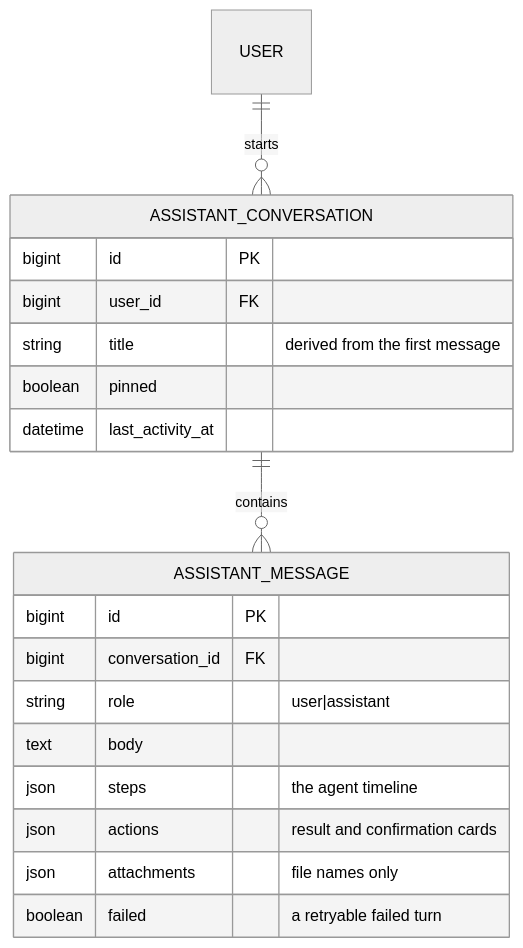
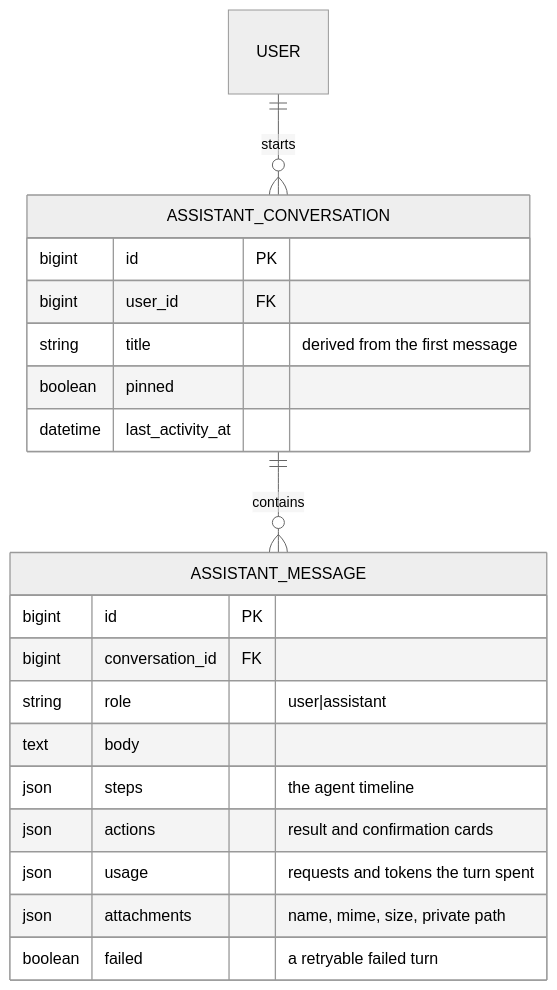
One commit to earlkian8/synapse changed diagram 12 of 13 in docs/database/erd.md. Above: the diagram before and after it, drawn with Mermaid (neutral theme). The commit also changed other lines of this file and 46 other files, not shown here.

````diff
--- a/docs/database/erd.md
+++ b/docs/database/erd.md
@@ -1212,23 +1212,24 @@
 ```mermaid
 erDiagram
     USER ||--o{ ASSISTANT_CONVERSATION : starts
     ASSISTANT_CONVERSATION ||--o{ ASSISTANT_MESSAGE : contains
 
     ASSISTANT_CONVERSATION {
         bigint id PK
         bigint user_id FK
         string title "derived from the first message"
         boolean pinned
         datetime last_activity_at
     }
     ASSISTANT_MESSAGE {
         bigint id PK
         bigint conversation_id FK
         string role "user|assistant"
         text body
         json steps "the agent timeline"
         json actions "result and confirmation cards"
-        json attachments "file names only"
+        json usage "requests and tokens the turn spent"
+        json attachments "name, mime, size, private path"
         boolean failed "a retryable failed turn"
     }
 ```
````
